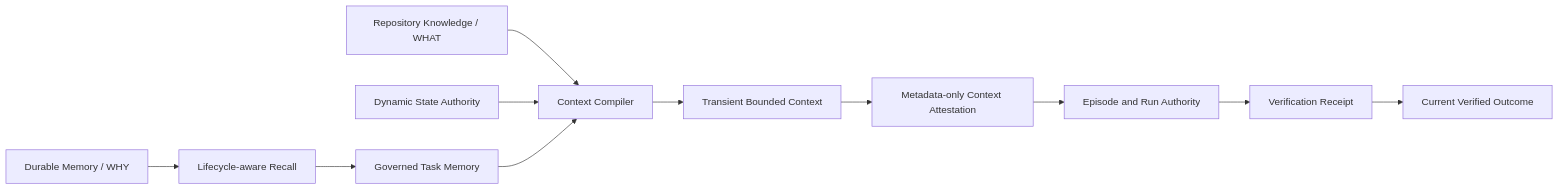
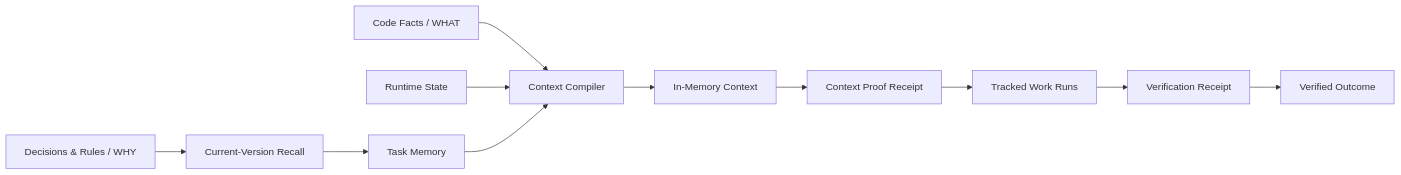
The diagram in README.md (zzhang82/Agent-Memory-Bridge), drawn with Mermaid before and after one commit. The commit also changed other lines of this file and 26 other files, not shown here.

````diff
--- a/README.md
+++ b/README.md
@@ -173,13 +202,13 @@
 ```mermaid
 flowchart LR
-    A[Durable Memory / WHY] --> C[Lifecycle-aware Recall]
-    B[Repository Knowledge / WHAT] --> D[Context Compiler]
-    S[Dynamic State Authority] --> D
-    C --> E[Governed Task Memory]
+    A[Decisions & Rules / WHY] --> C[Current-Version Recall]
+    B[Code Facts / WHAT] --> D[Context Compiler]
+    S[Runtime State] --> D
+    C --> E[Task Memory]
     E --> D
-    D --> F[Transient Bounded Context]
-    F --> G[Metadata-only Context Attestation]
-    G --> H[Episode and Run Authority]
+    D --> F[In-Memory Context]
+    F --> G[Context Proof Receipt]
+    G --> H[Tracked Work Runs]
     H --> I[Verification Receipt]
-    I --> J[Current Verified Outcome]
+    I --> J[Verified Outcome]
 ```
````
